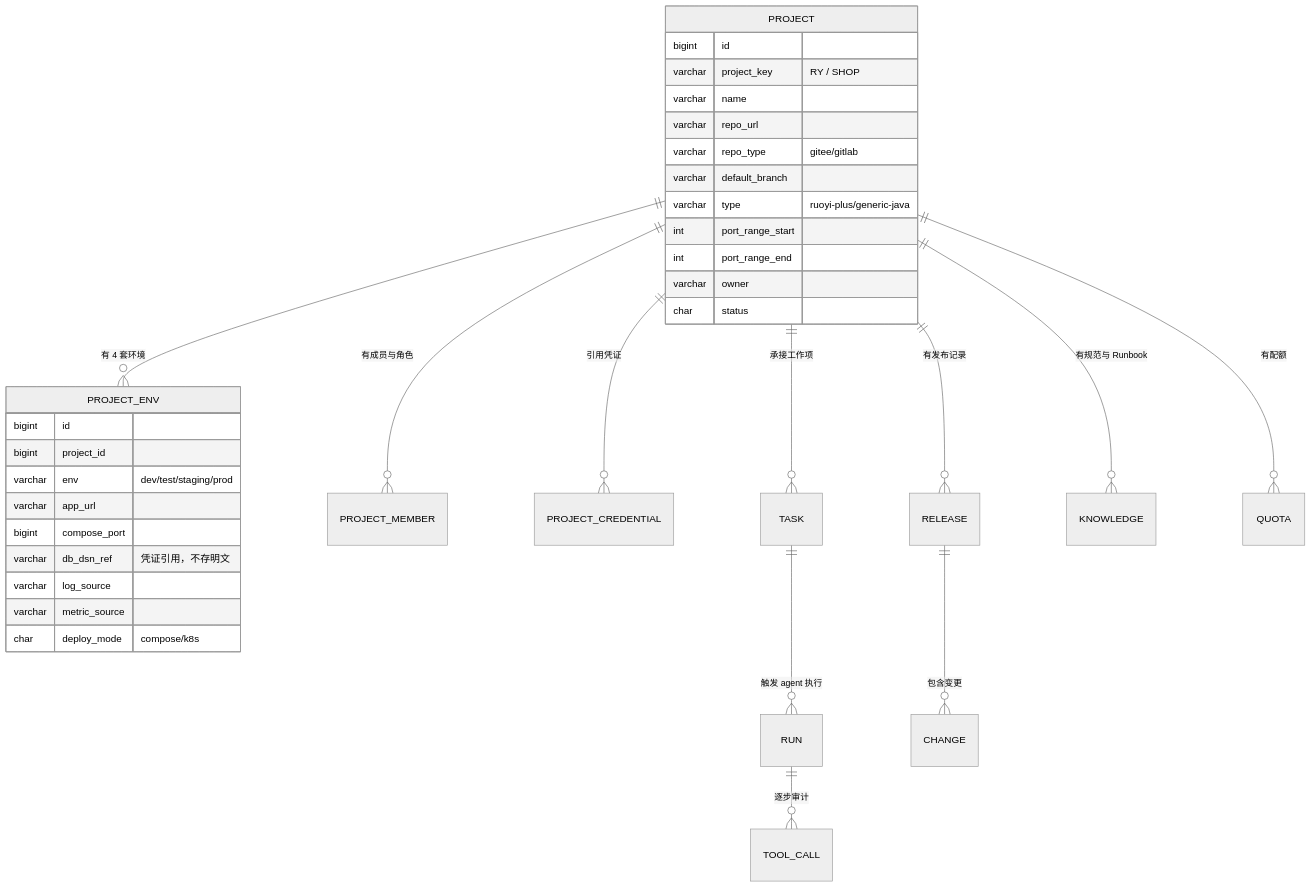
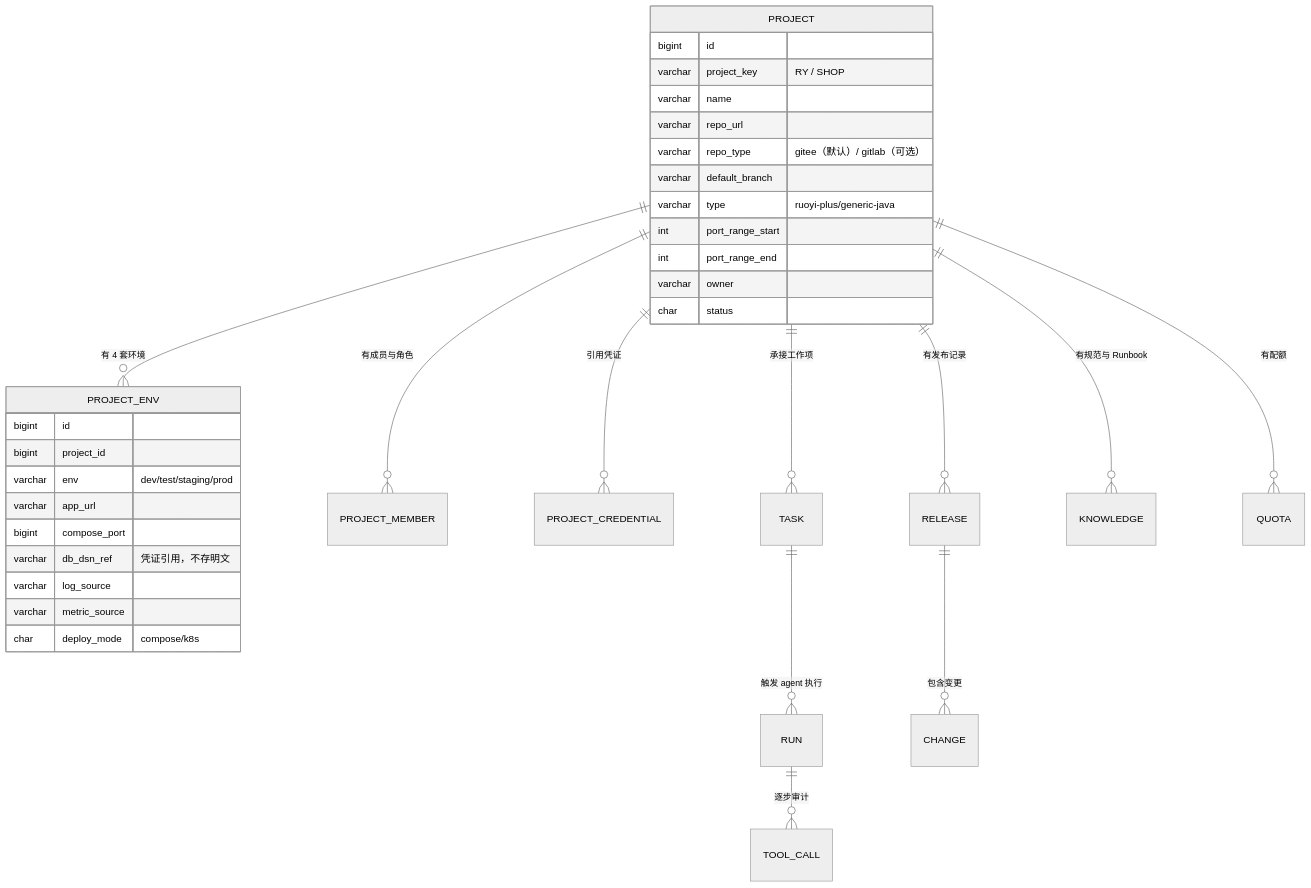
Before and after one commit to RONGX563647/SuperDeveloperAgent: the first of 3 diagrams in docs/多项目托管设计-v4.md, drawn with Mermaid (neutral theme). The commit also changed 4 other files, not shown here.

````diff
--- a/docs/多项目托管设计-v4.md
+++ b/docs/多项目托管设计-v4.md
@@ -26,38 +26,38 @@
 ```mermaid
 erDiagram
     PROJECT ||--o{ PROJECT_ENV : "有 4 套环境"
     PROJECT ||--o{ PROJECT_MEMBER : "有成员与角色"
     PROJECT ||--o{ PROJECT_CREDENTIAL : "引用凭证"
     PROJECT ||--o{ TASK : "承接工作项"
     PROJECT ||--o{ RELEASE : "有发布记录"
     PROJECT ||--o{ KNOWLEDGE : "有规范与 Runbook"
     PROJECT ||--o{ QUOTA : "有配额"
     TASK ||--o{ RUN : "触发 agent 执行"
     RUN ||--o{ TOOL_CALL : "逐步审计"
     RELEASE ||--o{ CHANGE : "包含变更"
 
     PROJECT {
       bigint id
       varchar project_key "RY / SHOP"
       varchar name
       varchar repo_url
-      varchar repo_type "gitee/gitlab"
+      varchar repo_type "gitee（默认）/ gitlab（可选）"
       varchar default_branch
       varchar type "ruoyi-plus/generic-java"
       int port_range_start
       int port_range_end
       varchar owner
       char status
     }
     PROJECT_ENV {
       bigint id
       bigint project_id
       varchar env "dev/test/staging/prod"
       varchar app_url
       bigint compose_port
       varchar db_dsn_ref "凭证引用，不存明文"
       varchar log_source
       varchar metric_source
       char deploy_mode "compose/k8s"
     }
 ```
````
